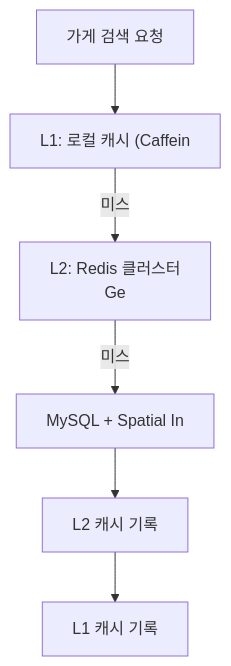
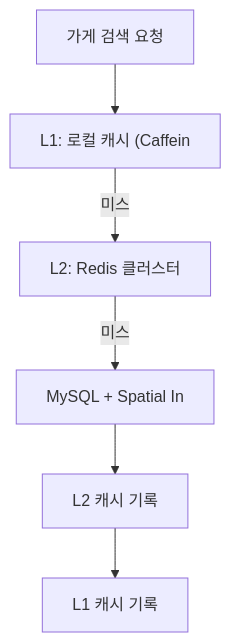
Before and after one commit to yjkim2015/yjkim2015.github.io: the ninth of 9 diagrams in _posts/systemdesign/2026-05-03-system-design-location.md, drawn with Mermaid. The commit also changed other lines of this file and 217 other files, not shown here.

First line of the commit message:
Mermaid 크기 수정: useMaxWidth:true + SVG max-width:100% + 라벨 축소

````diff
--- a/_posts/systemdesign/2026-05-03-system-design-location.md
+++ b/_posts/systemdesign/2026-05-03-system-design-location.md
@@ -756,9 +756,9 @@
 ```mermaid
 graph TD
     Request["가게 검색 요청"]
     Request --> L1["L1: 로컬 캐시 (Caffein"]
-    L1 -->|미스| L2["L2: Redis 클러스터\nGe"]
+    L1 -->|미스| L2["L2: Redis 클러스터"]
     L2 -->|미스| DB["MySQL + Spatial In"]
     DB --> L2Write["L2 캐시 기록"]
     L2Write --> L1Write["L1 캐시 기록"]
 ```
````
